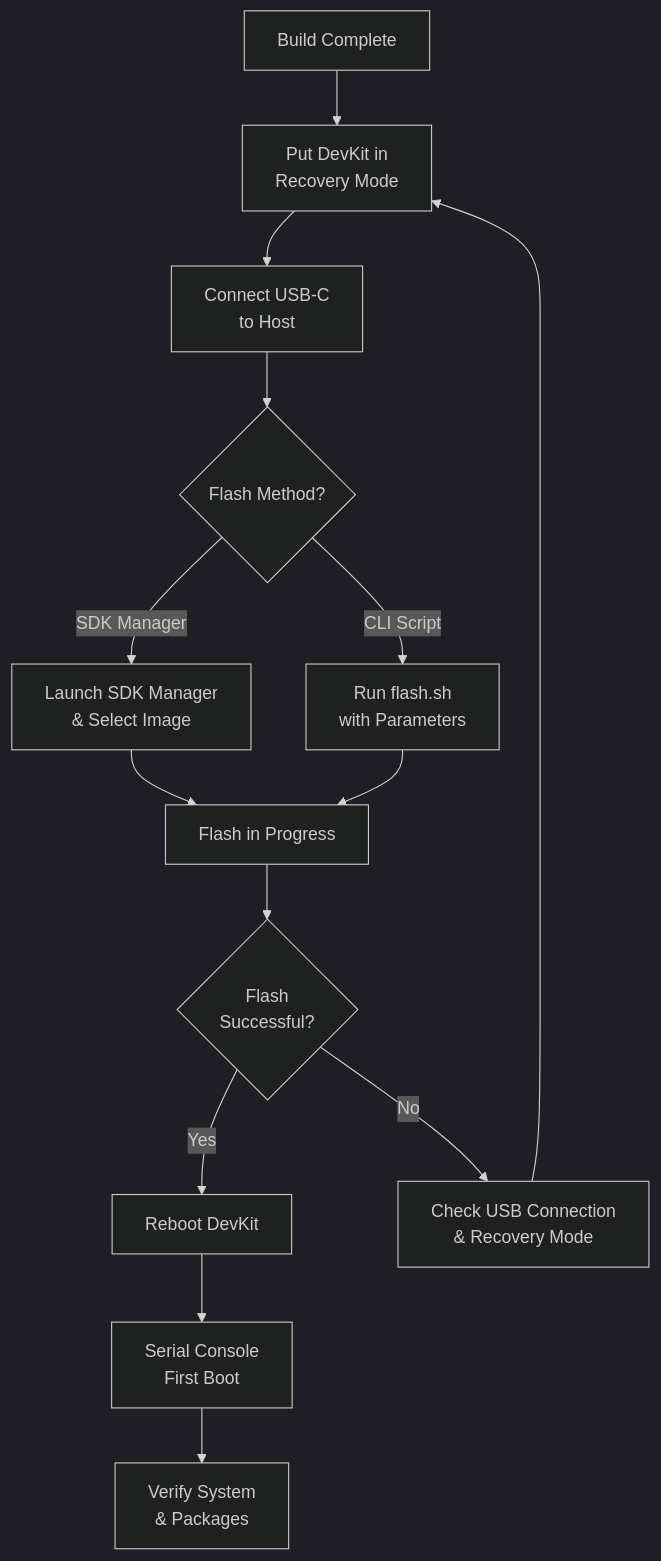
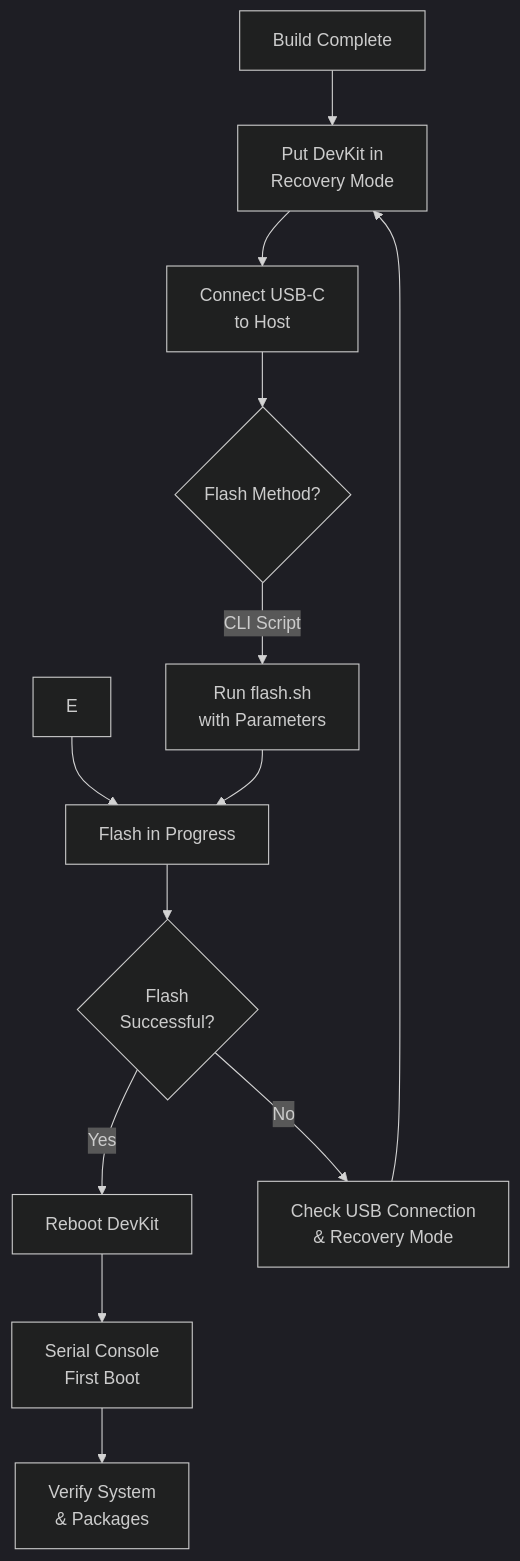
One commit to ajaymrk95/yocto-project-build-docs changed the diagram in docs/phase1/flashing-devkit.md. Above: the diagram before and after it, drawn with Mermaid (dark theme). The commit also changed 9 other files, not shown here.

Commit message:
Refine Overall Outlines, Update Chart Corrections and Improve Roadmap and Overview Markdowns

````diff
--- a/docs/phase1/flashing-devkit.md
+++ b/docs/phase1/flashing-devkit.md
@@ -46,16 +46,15 @@
 ```mermaid
 flowchart TD
     A["Build Complete"] --> B["Put DevKit in\nRecovery Mode"]
     B --> C["Connect USB-C\nto Host"]
     C --> D{"Flash Method?"}
-    D -->|"SDK Manager"| E["Launch SDK Manager\n& Select Image"]
     D -->|"CLI Script"| F["Run flash.sh\nwith Parameters"]
     E --> G["Flash in Progress"]
     F --> G
     G --> H{"Flash\nSuccessful?"}
     H -->|"Yes"| I["Reboot DevKit"]
     H -->|"No"| J["Check USB Connection\n& Recovery Mode"]
     J --> B
     I --> K["Serial Console\nFirst Boot"]
     K --> L["Verify System\n& Packages"]
 ```
````
